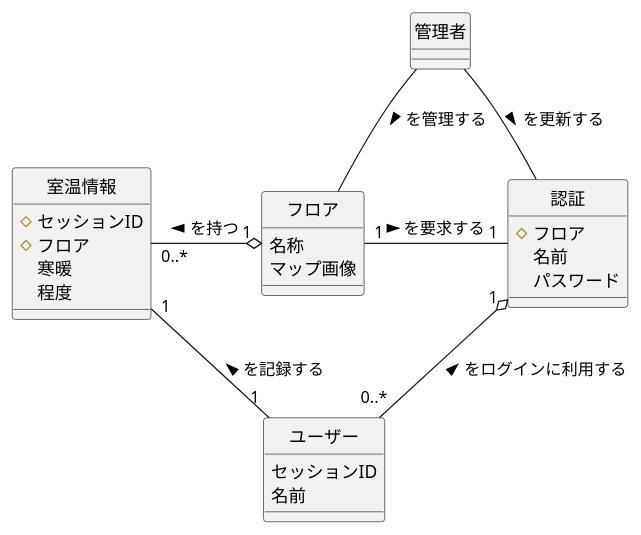
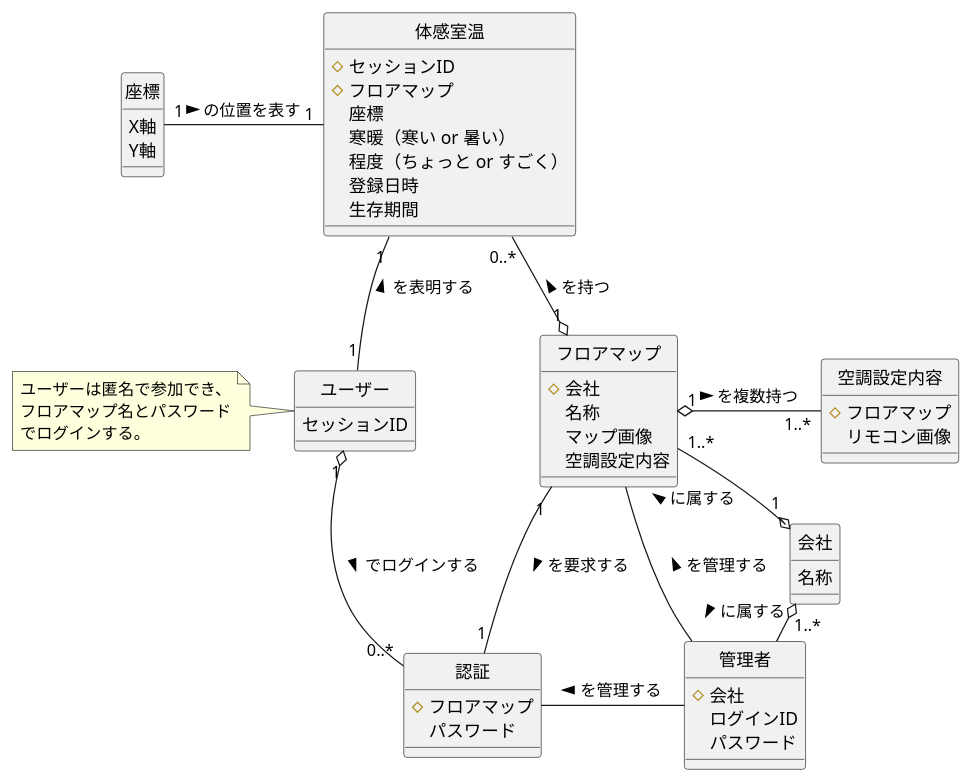
Before and after one commit to kkismd/document-template: the diagram in info-model.puml, drawn with PlantUML. The commit also changed 13 other files, not shown here.

```diff
--- a/info-model.puml
+++ b/info-model.puml
@@ -1,33 +1,60 @@
 @startuml
 hide circle
 
 class ユーザー {
   セッションID
-  名前
 }
-class 室温情報 {
- # セッションID
- # フロア
-  寒暖
-  程度
+class 体感室温 {
+  # セッションID
+  # フロアマップ
+  座標
+  寒暖（寒い or 暑い）
+  程度（ちょっと or すごく）
+  登録日時
+  生存期間
 }
-class フロア {
+class 座標 {
+  X軸
+  Y軸
+}
+class フロアマップ {
+  # 会社
   名称
   マップ画像
+  空調設定内容
+}
+class 空調設定内容 {
+  # フロアマップ
+  リモコン画像
 }
 class 認証 {
- # フロア
-  名前
+ # フロアマップ
   パスワード
 }
 class 管理者 {
+  # 会社
+  ログインID
+  パスワード
+}
+class 会社 {
+  名称
 }
 
-室温情報 "0..*" -o "1" フロア : を持つ <
-フロア "1" - "1" 認証 : を要求する >
-認証 "1" o-- "0..*" ユーザー : をログインに利用する <
-ユーザー "1" - "1" 室温情報 : を記録する >
-管理者 -- フロア : を管理する >
-管理者 -- 認証 : を更新する >
+体感室温 "0..*" --o "1" フロアマップ : を持つ <
+座標 "1" - "1" 体感室温 : の位置を表す >
+フロアマップ "1" -- "1" 認証 : を要求する >
+ユーザー "1" o-- "0..*" 認証  : でログインする >
+体感室温 "1" -- "1" ユーザー : を表明する <
+フロアマップ -- 管理者 : を管理する <
+認証 - 管理者 : を管理する <
+フロアマップ "1" o- "1..*" 空調設定内容 : を複数持つ >
+会社 "1..*" o- 管理者 : に属する >
+フロアマップ "1..*" -o "1" 会社 : に属する <
+
+note left of ユーザー
+ユーザーは匿名で参加でき、
+フロアマップ名とパスワード
+でログインする。
+end note
 
 @enduml
```
